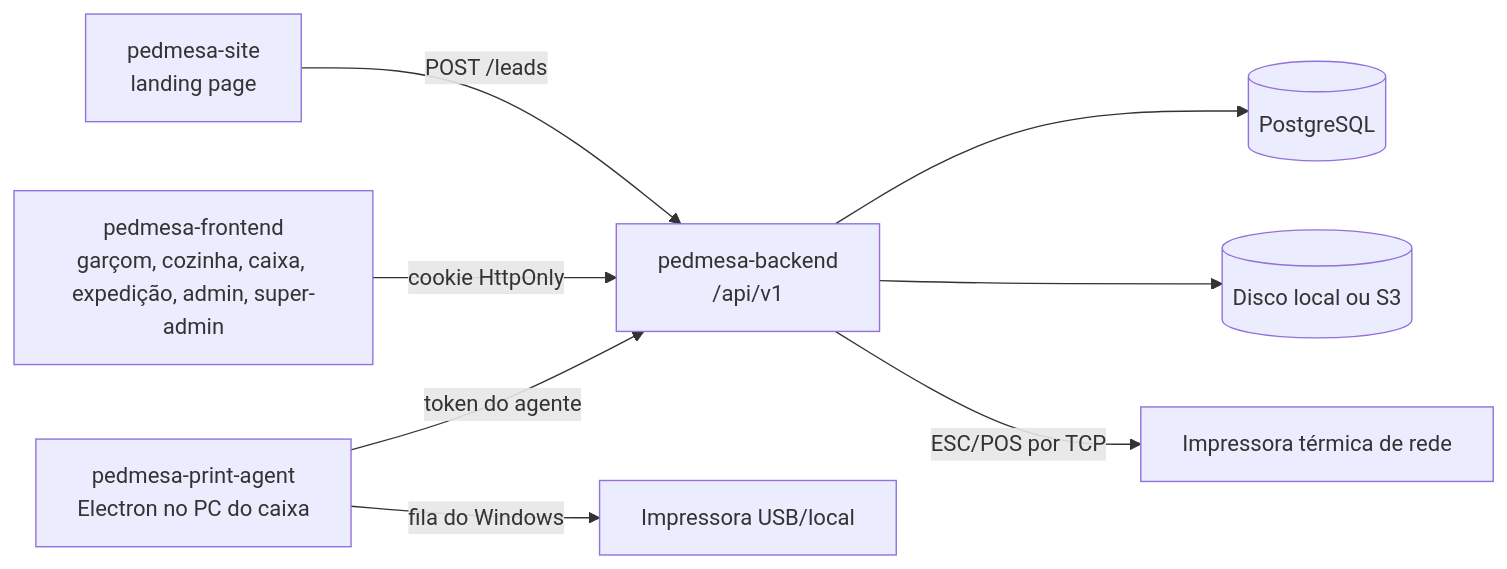
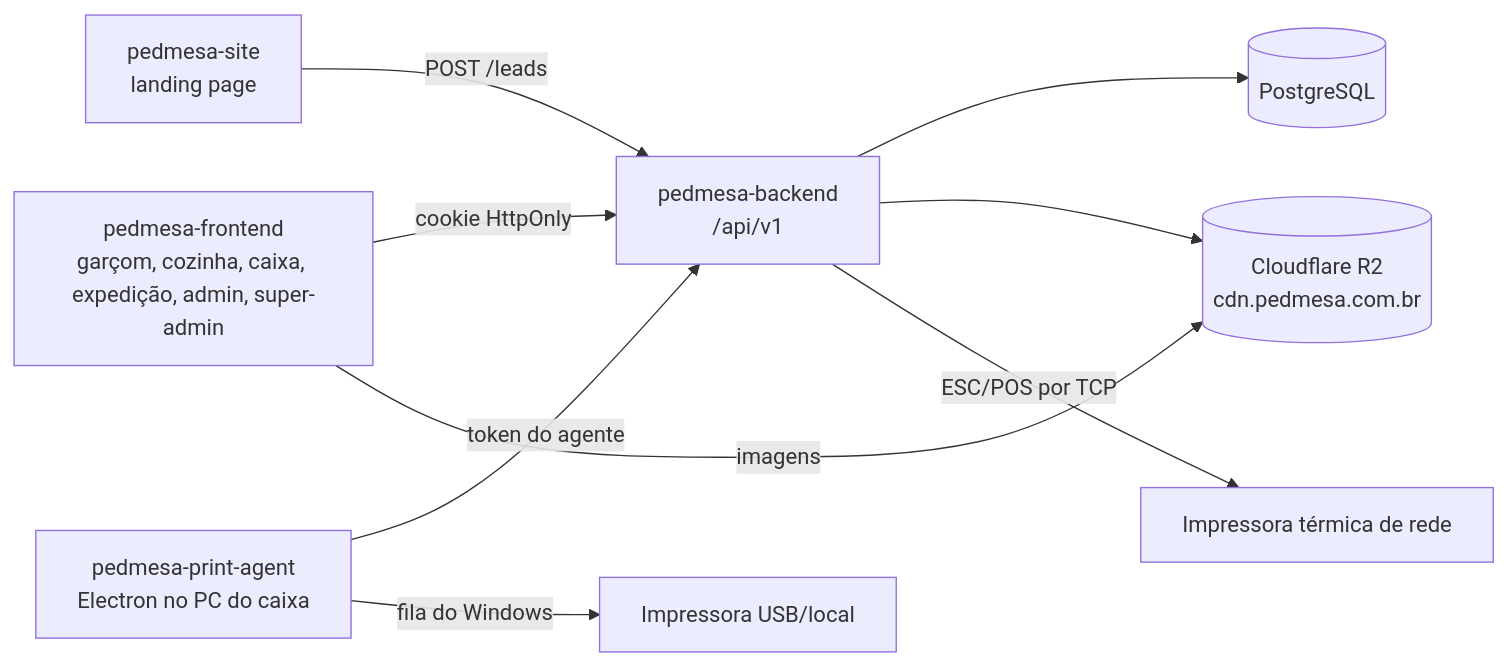
Before and after one commit to SamuelRamosSantos/pedmesa-backend: the first of 2 diagrams in docs/ARQUITETURA.md, drawn with Mermaid. The commit also changed other lines of this file and 27 other files, not shown here.

Commit message:
feat(uploads): [PED-45] armazena imagens no cloudflare r2 com validação por tenant

````diff
--- a/docs/ARQUITETURA.md
+++ b/docs/ARQUITETURA.md
@@ -19,10 +19,11 @@
 ```mermaid
 flowchart LR
     Site["pedmesa-site<br/>landing page"] -- "POST /leads" --> API
     Front["pedmesa-frontend<br/>garçom, cozinha, caixa, expedição, admin, super-admin"] -- "cookie HttpOnly" --> API
     Agente["pedmesa-print-agent<br/>Electron no PC do caixa"] -- "token do agente" --> API
     API["pedmesa-backend<br/>/api/v1"] --> DB[("PostgreSQL")]
-    API --> Storage[("Disco local ou S3")]
+    API --> Storage[("Cloudflare R2<br/>cdn.pedmesa.com.br")]
+    Front -- "imagens" --> Storage
     API -- "ESC/POS por TCP" --> Impressora["Impressora térmica de rede"]
     Agente -- "fila do Windows" --> ImpressoraUSB["Impressora USB/local"]
 ```
````
